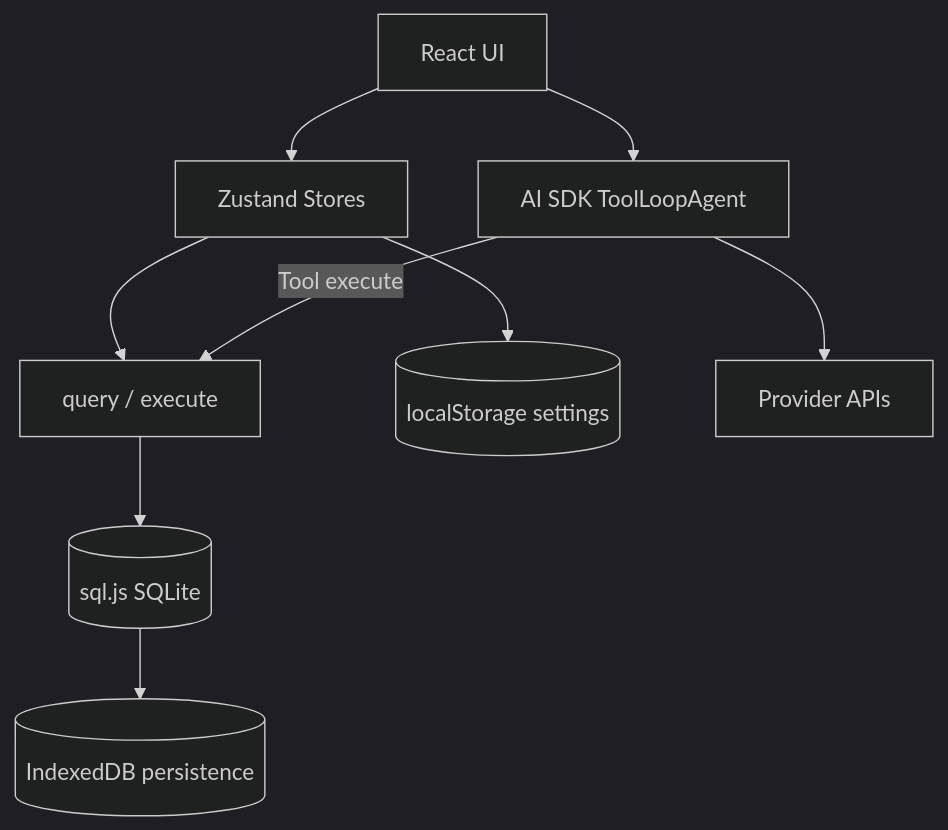
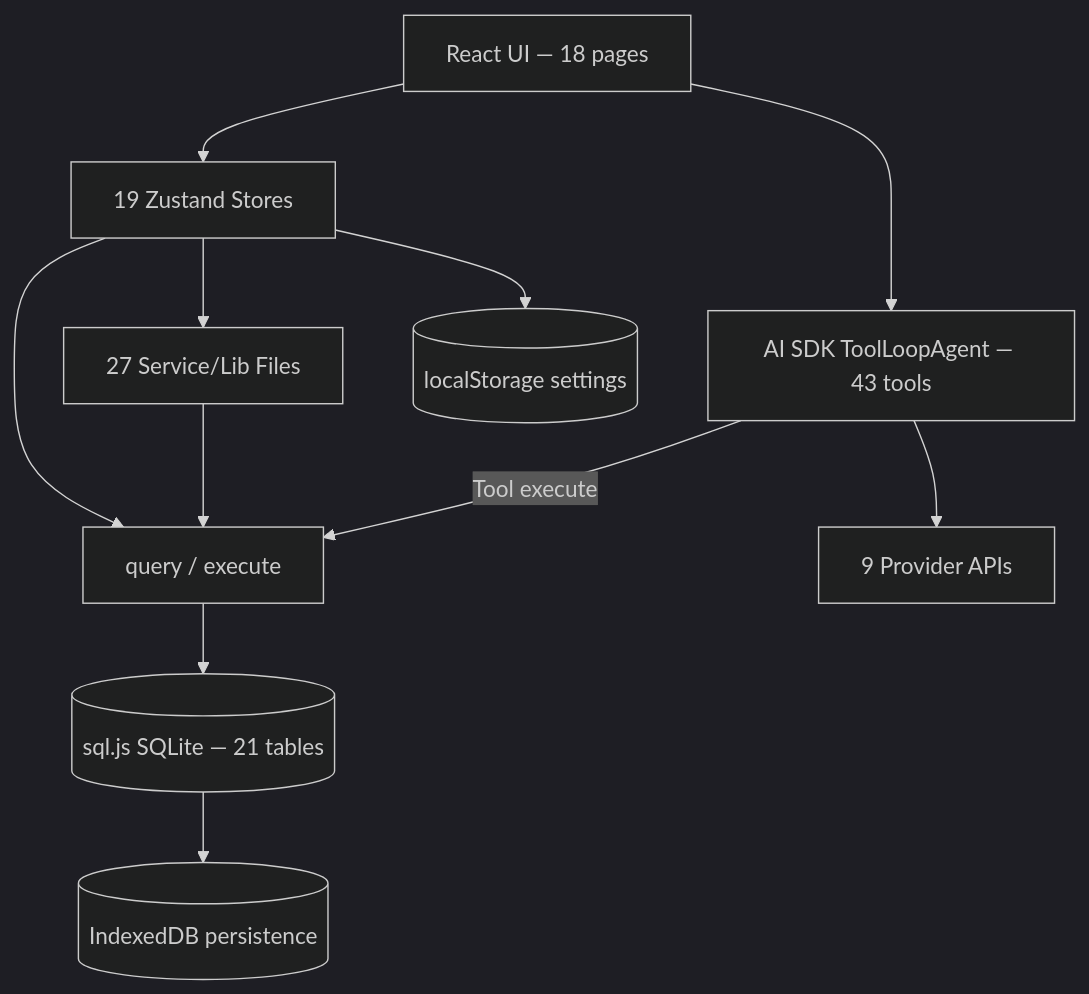
The first of 2 diagrams in docs/guides/ARCHITECTURE.md (g0dxn4/Shikin), drawn with Mermaid (dark theme) before and after one commit. The commit also changed other lines of this file and 4 other files, not shown here.

````diff
--- a/docs/guides/ARCHITECTURE.md
+++ b/docs/guides/ARCHITECTURE.md
@@ -17,11 +17,13 @@
 ```mermaid
 graph TB
-    UI[React UI] --> ZS[Zustand Stores]
-    UI --> AI[AI SDK ToolLoopAgent]
+    UI[React UI — 18 pages] --> ZS[19 Zustand Stores]
+    UI --> AI[AI SDK ToolLoopAgent — 43 tools]
     ZS --> DBAPI[query / execute]
     AI -->|Tool execute| DBAPI
-    DBAPI --> SQLJS[(sql.js SQLite)]
+    ZS --> SVC[27 Service/Lib Files]
+    SVC --> DBAPI
+    DBAPI --> SQLJS[(sql.js SQLite — 21 tables)]
     SQLJS --> IDB[(IndexedDB persistence)]
     ZS --> LS[(localStorage settings)]
-    AI --> LLM[Provider APIs]
+    AI --> LLM[9 Provider APIs]
 ```
````
